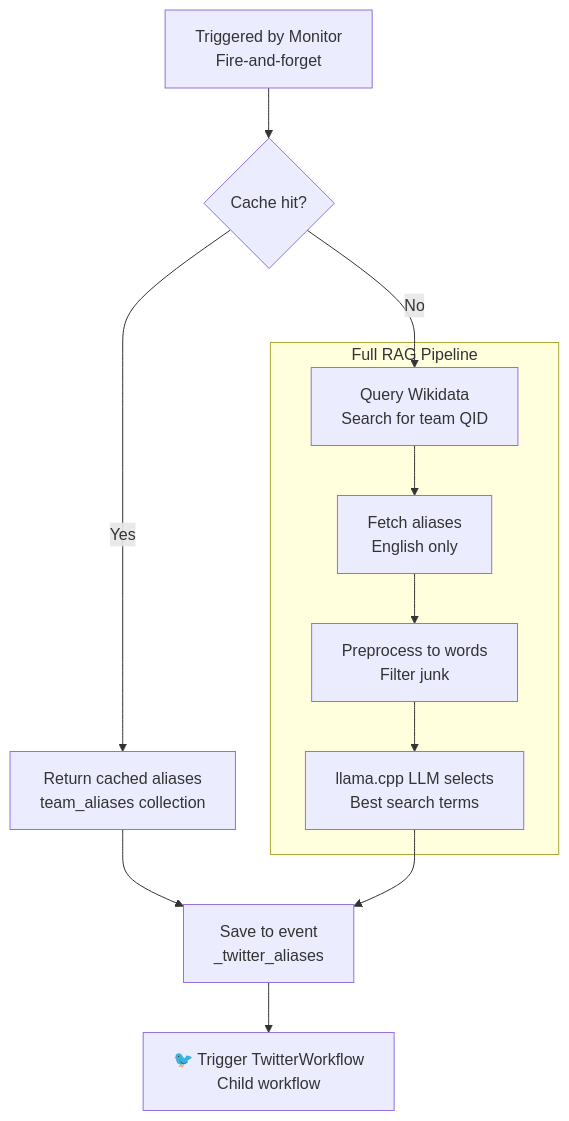
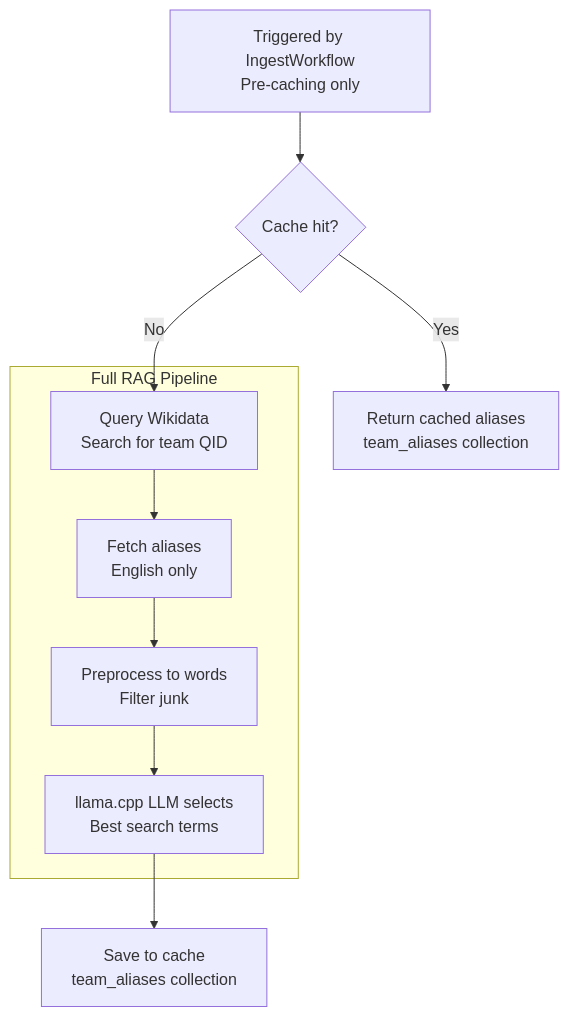
One commit to vedantadhobley/found-footy changed diagram 11 of 14 in README.md. Above: the diagram before and after it, drawn with Mermaid. The commit also changed other lines of this file and 15 other files, not shown here.

First line of the commit message:
feat: UploadWorkflow serialization + national team nationality adjectives

````diff
--- a/README.md
+++ b/README.md
@@ -517,22 +518,20 @@
 ```mermaid
 flowchart TB
-    TRIGGER[Triggered by Monitor<br/>Fire-and-forget]
+    TRIGGER[Triggered by IngestWorkflow<br/>Pre-caching only]
     
     CACHE{Cache hit?}
     CACHED[Return cached aliases<br/>team_aliases collection]
     
     subgraph RAG["Full RAG Pipeline"]
         WIKI[Query Wikidata<br/>Search for team QID]
         FETCH[Fetch aliases<br/>English only]
         PREPROCESS[Preprocess to words<br/>Filter junk]
         LLM[llama.cpp LLM selects<br/>Best search terms]
     end
     
-    SAVE[Save to event<br/>_twitter_aliases]
-    TWITTER[🐦 Trigger TwitterWorkflow<br/>Child workflow]
+    SAVE[Save to cache<br/>team_aliases collection]
     
     TRIGGER --> CACHE
-    CACHE -->|Yes| CACHED --> SAVE
+    CACHE -->|Yes| CACHED
     CACHE -->|No| WIKI --> FETCH --> PREPROCESS --> LLM --> SAVE
-    SAVE --> TWITTER
 ```
````
